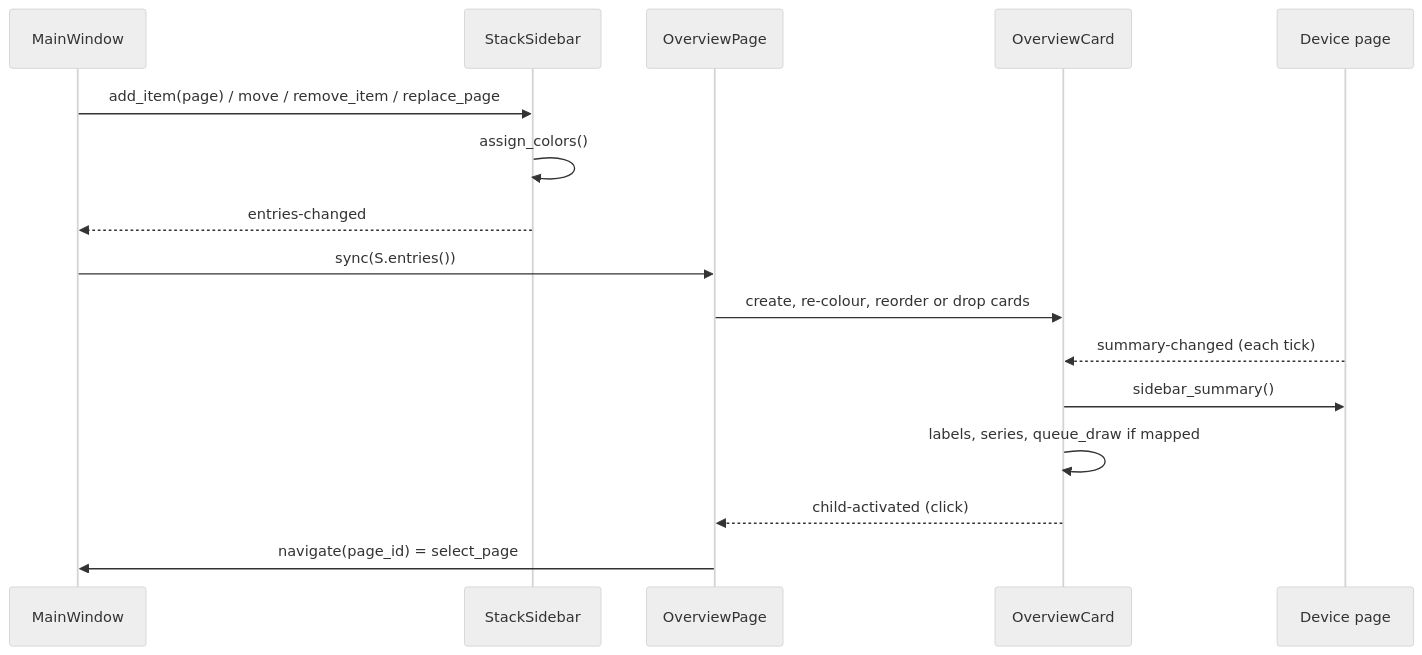
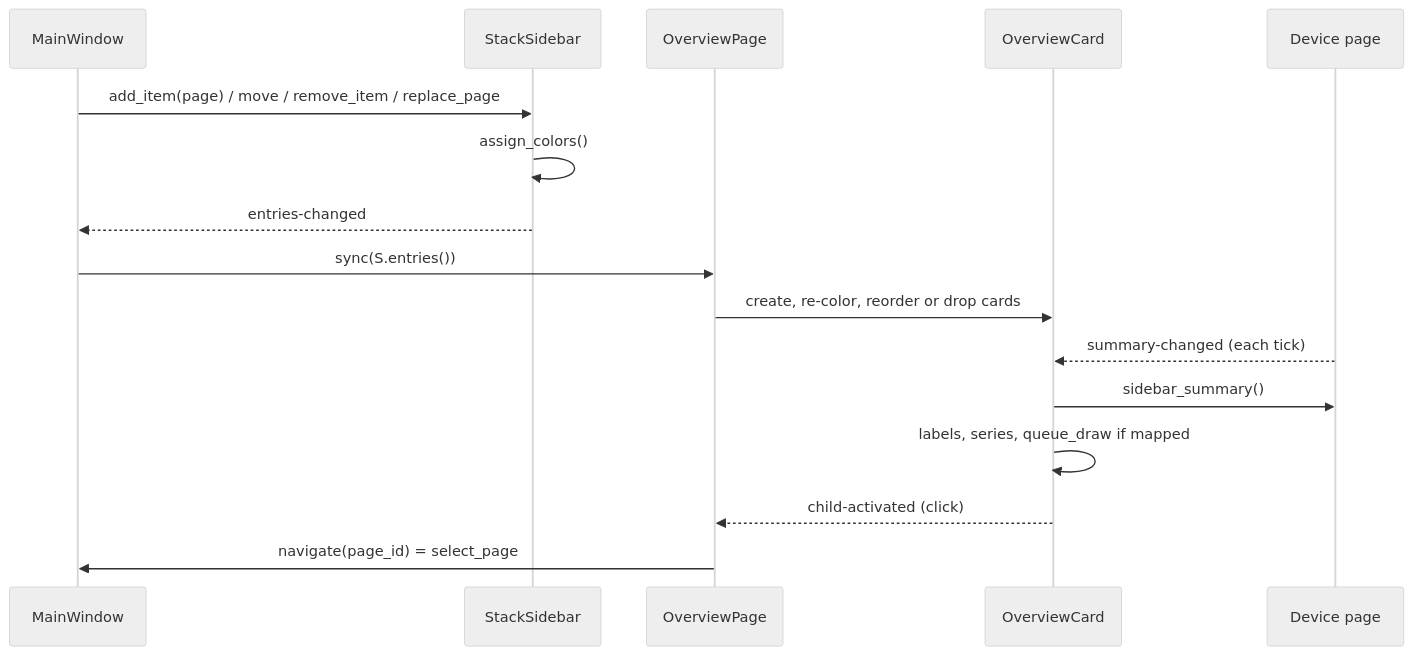
Diagram 26 of 47 in docs/DESIGN.md (mamadingleberry/proccoli), drawn with Mermaid (neutral theme) before and after one commit. The commit also changed other lines of this file and 44 other files, not shown here.

````diff
--- a/docs/DESIGN.md
+++ b/docs/DESIGN.md
@@ -2090,18 +2101,18 @@
 ```mermaid
 sequenceDiagram
     participant W as MainWindow
     participant S as StackSidebar
     participant O as OverviewPage
     participant C as OverviewCard
     participant P as Device page
     W->>S: add_item(page) / move / remove_item / replace_page
     S->>S: assign_colors()
     S-->>W: entries-changed
     W->>O: sync(S.entries())
-    O->>C: create, re-colour, reorder or drop cards
+    O->>C: create, re-color, reorder or drop cards
     P-->>C: summary-changed (each tick)
     C->>P: sidebar_summary()
     C->>C: labels, series, queue_draw if mapped
     C-->>O: child-activated (click)
     O->>W: navigate(page_id) = select_page
 ```
````
